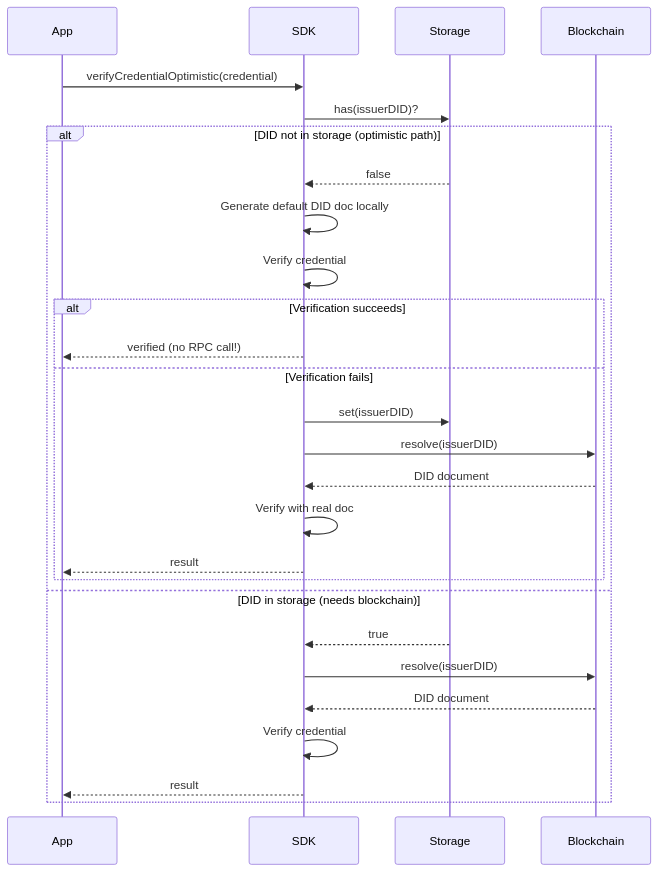
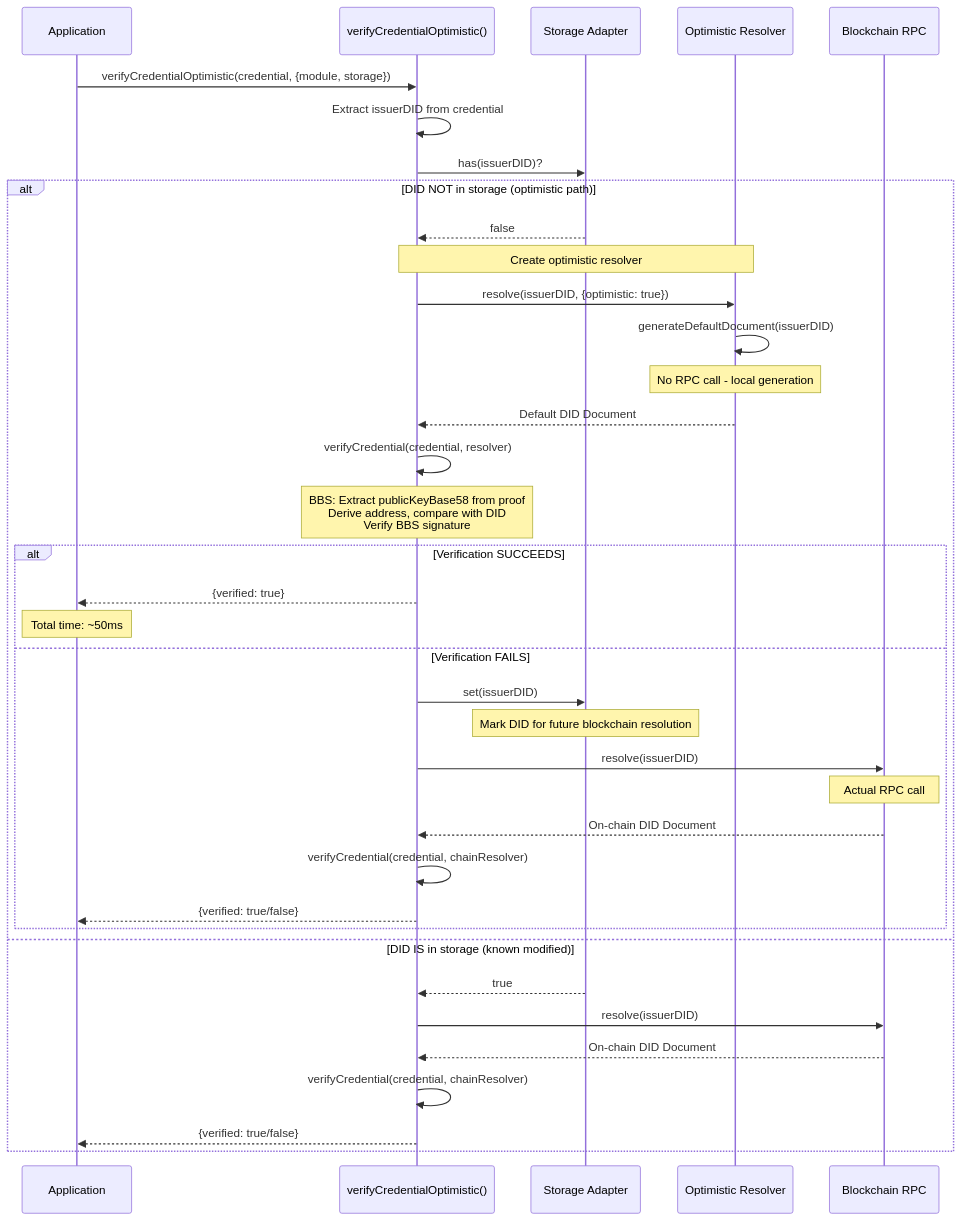
One commit to OneMatrixL1/did-vc-sdk changed the seventh of 13 diagrams in packages/credential-sdk/docs/cto-report-bbs-ethr-did.md. Above: the diagram before and after it, drawn with Mermaid. The commit also changed other lines of this file, not shown here.

````diff
--- a/packages/credential-sdk/docs/cto-report-bbs-ethr-did.md
+++ b/packages/credential-sdk/docs/cto-report-bbs-ethr-did.md
@@ -300,31 +341,50 @@
 ```mermaid
 sequenceDiagram
-    participant App
-    participant SDK
-    participant Storage
-    participant Blockchain
+    participant App as Application
+    participant SDK as verifyCredentialOptimistic()
+    participant Storage as Storage Adapter
+    participant Resolver as Optimistic Resolver
+    participant Chain as Blockchain RPC
 
-    App->>SDK: verifyCredentialOptimistic(credential)
+    App->>SDK: verifyCredentialOptimistic(credential, {module, storage})
+    SDK->>SDK: Extract issuerDID from credential
+
     SDK->>Storage: has(issuerDID)?
 
-    alt DID not in storage (optimistic path)
+    alt DID NOT in storage (optimistic path)
         Storage-->>SDK: false
-        SDK->>SDK: Generate default DID doc locally
-        SDK->>SDK: Verify credential
-        alt Verification succeeds
-            SDK-->>App: verified (no RPC call!)
-        else Verification fails
+
+        Note over SDK,Resolver: Create optimistic resolver
+        SDK->>Resolver: resolve(issuerDID, {optimistic: true})
+        Resolver->>Resolver: generateDefaultDocument(issuerDID)
+        Note over Resolver: No RPC call - local generation
+        Resolver-->>SDK: Default DID Document
+
+        SDK->>SDK: verifyCredential(credential, resolver)
+        Note over SDK: BBS: Extract publicKeyBase58 from proof<br/>Derive address, compare with DID<br/>Verify BBS signature
+
+        alt Verification SUCCEEDS
+            SDK-->>App: {verified: true}
+            Note over App: Total time: ~50ms
+        else Verification FAILS
             SDK->>Storage: set(issuerDID)
-            SDK->>Blockchain: resolve(issuerDID)
-            Blockchain-->>SDK: DID document
-            SDK->>SDK: Verify with real doc
-            SDK-->>App: result
+            Note over Storage: Mark DID for future blockchain resolution
+
+            SDK->>Chain: resolve(issuerDID)
+            Note over Chain: Actual RPC call
+            Chain-->>SDK: On-chain DID Document
+
+            SDK->>SDK: verifyCredential(credential, chainResolver)
+            SDK-->>App: {verified: true/false}
         end
-    else DID in storage (needs blockchain)
+
+    else DID IS in storage (known modified)
         Storage-->>SDK: true
-        SDK->>Blockchain: resolve(issuerDID)
-        Blockchain-->>SDK: DID document
-        SDK->>SDK: Verify credential
-        SDK-->>App: result
+
+        SDK->>Chain: resolve(issuerDID)
+        Chain-->>SDK: On-chain DID Document
+
+        SDK->>SDK: verifyCredential(credential, chainResolver)
+        SDK-->>App: {verified: true/false}
     end
 ```
````
